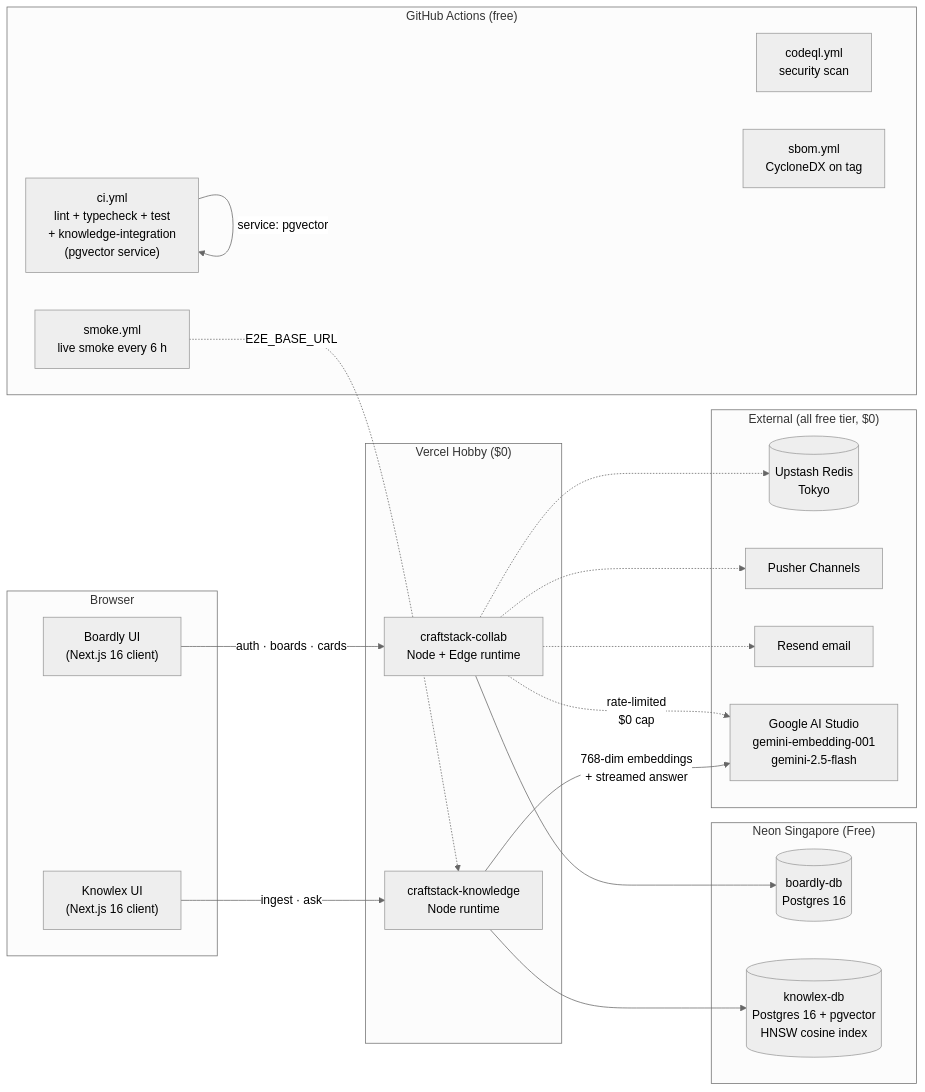
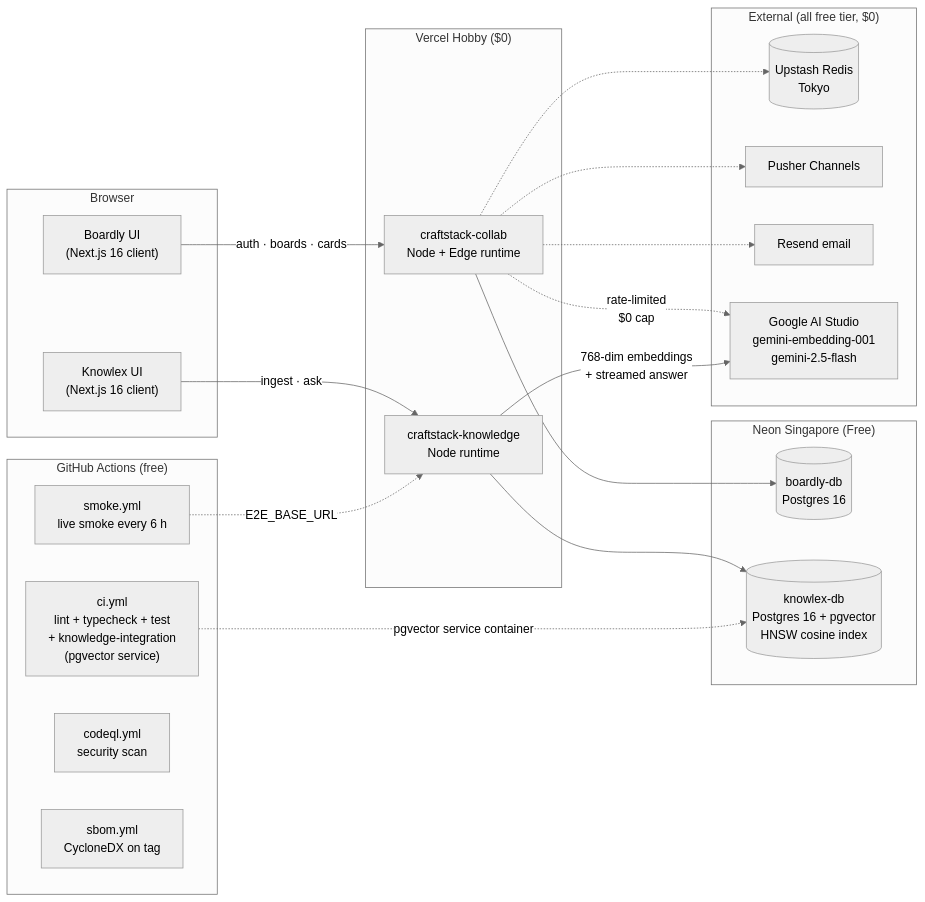
One commit to leagames0221-sys/craftstack changed the diagram in README.md. Above: the diagram before and after it, drawn with Mermaid (neutral theme). The commit also changed other lines of this file and 9 other files, not shown here.

````diff
--- a/README.md
+++ b/README.md
@@ -25,44 +25,44 @@
 ```mermaid
 flowchart LR
     subgraph client["Browser"]
         B_UI["Boardly UI<br/>(Next.js 16 client)"]
         K_UI["Knowlex UI<br/>(Next.js 16 client)"]
     end
 
     subgraph vercel["Vercel Hobby ($0)"]
         B_APP["craftstack-collab<br/>Node + Edge runtime"]
         K_APP["craftstack-knowledge<br/>Node runtime"]
     end
 
     subgraph neon["Neon Singapore (Free)"]
         B_DB[("boardly-db<br/>Postgres 16")]
         K_DB[("knowlex-db<br/>Postgres 16 + pgvector<br/>HNSW cosine index")]
     end
 
     subgraph ext["External (all free tier, $0)"]
         UPSTASH[("Upstash Redis<br/>Tokyo")]
         PUSHER["Pusher Channels"]
         RESEND["Resend email"]
         GEMINI["Google AI Studio<br/>gemini-embedding-001<br/>gemini-2.5-flash"]
     end
 
     subgraph ghci["GitHub Actions (free)"]
         CI["ci.yml<br/>lint + typecheck + test<br/>+ knowledge-integration<br/>(pgvector service)"]
         SMOKE["smoke.yml<br/>live smoke every 6 h"]
         CODEQL["codeql.yml<br/>security scan"]
         SBOM["sbom.yml<br/>CycloneDX on tag"]
     end
 
     B_UI -->|"auth · boards · cards"| B_APP
     K_UI -->|"ingest · ask"| K_APP
     B_APP --> B_DB
     B_APP -.->|"rate-limited<br/>$0 cap"| GEMINI
     K_APP --> K_DB
     K_APP -->|"768-dim embeddings<br/>+ streamed answer"| GEMINI
     B_APP -.-> UPSTASH
     B_APP -.-> PUSHER
     B_APP -.-> RESEND
 
     SMOKE -.->|"E2E_BASE_URL"| K_APP
-    CI -->|"service: pgvector"| CI
+    CI -.->|"pgvector service container"| K_DB
 ```
````
